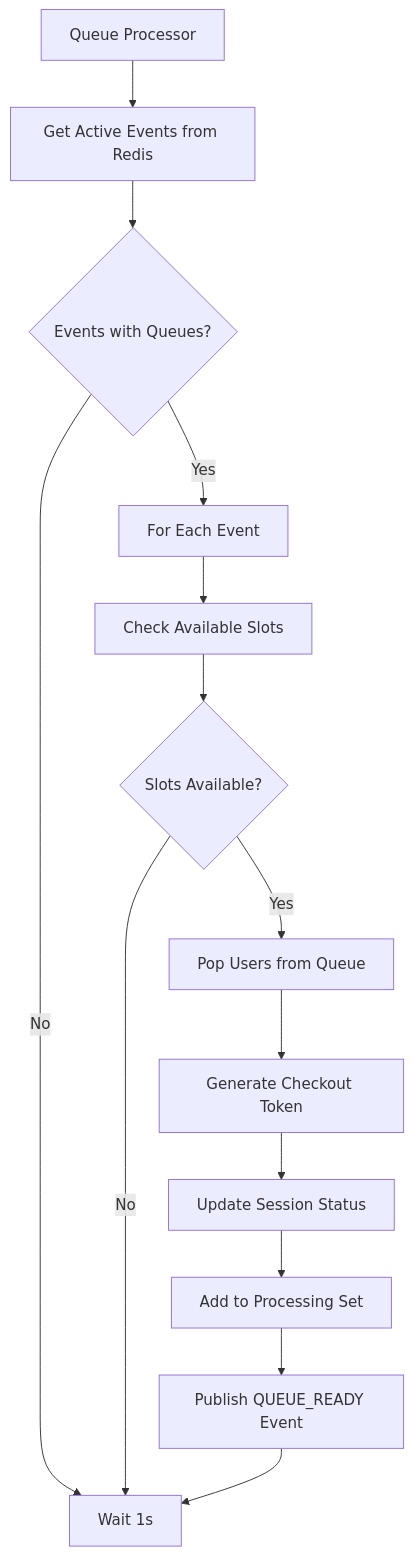
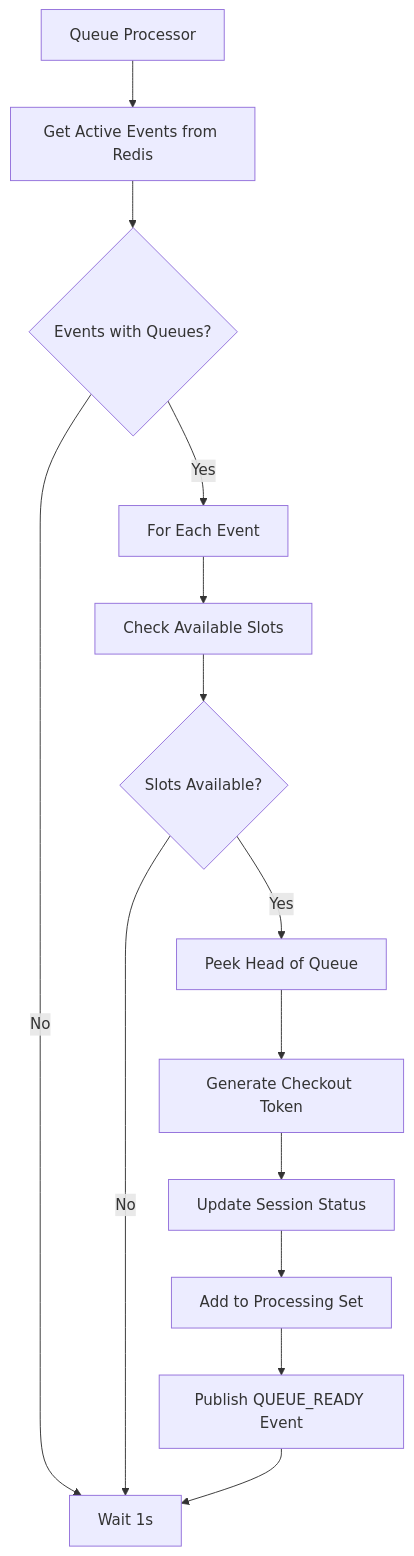
One commit to vogiaan1904/ticket-event-pf changed the diagram in services/waitroom-svc/docs/QUEUE_PROCESSOR_GUIDE.md. Above: the diagram before and after it, drawn with Mermaid. The commit also changed other lines of this file and 7 other files, not shown here.

````diff
--- a/services/waitroom-svc/docs/QUEUE_PROCESSOR_GUIDE.md
+++ b/services/waitroom-svc/docs/QUEUE_PROCESSOR_GUIDE.md
@@ -20,16 +20,16 @@
 ```mermaid
 graph TB
     A[Queue Processor] --> B[Get Active Events from Redis]
     B --> C{Events with Queues?}
     C -->|No| D[Wait 1s]
     C -->|Yes| E[For Each Event]
     E --> F[Check Available Slots]
     F --> G{Slots Available?}
     G -->|No| D
-    G -->|Yes| H[Pop Users from Queue]
+    G -->|Yes| H[Peek Head of Queue]
     H --> I[Generate Checkout Token]
     I --> J[Update Session Status]
     J --> K[Add to Processing Set]
     K --> L[Publish QUEUE_READY Event]
     L --> D
 ```
````
